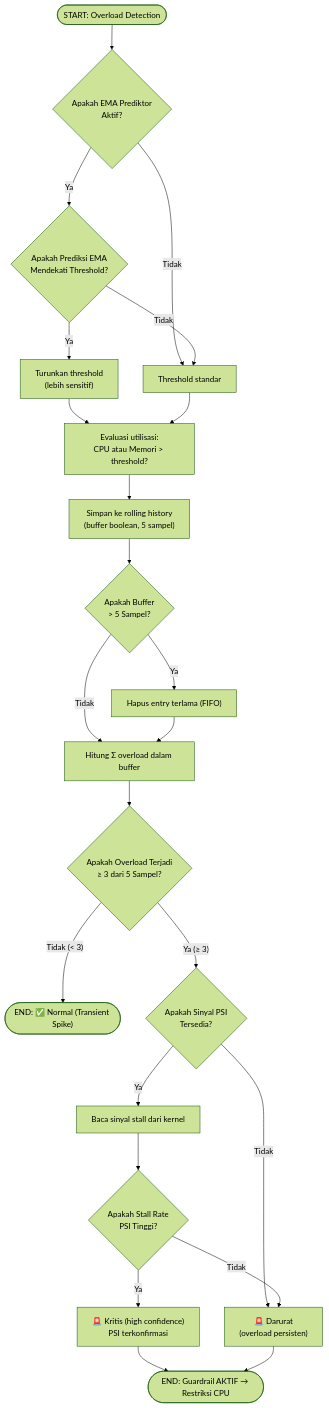
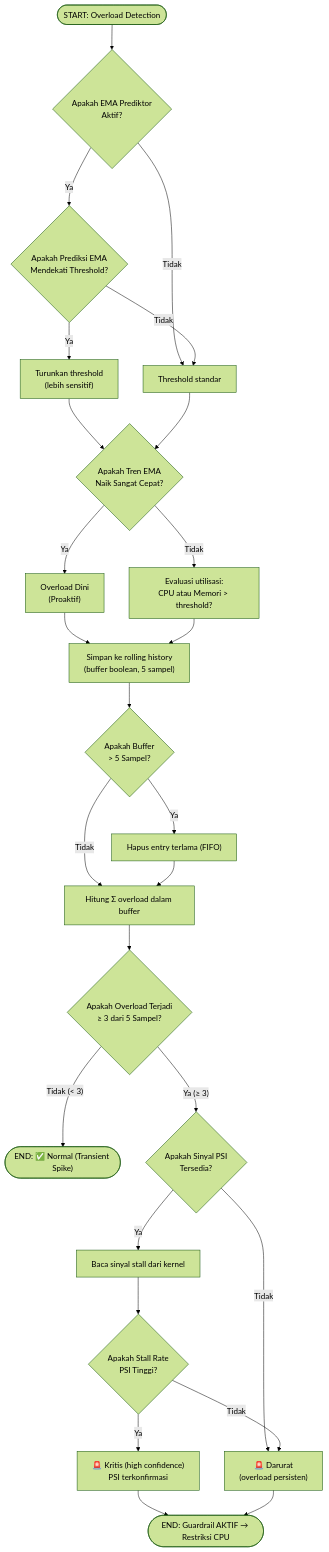
The second of 2 diagrams in architecture-diagrams/layer-3-control/01_guardrail.md (fauzanreza/green-container-framework), drawn with Mermaid (forest theme) before and after one commit. The commit also changed other lines of this file and 51 other files, not shown here.

````diff
--- a/architecture-diagrams/layer-3-control/01_guardrail.md
+++ b/architecture-diagrams/layer-3-control/01_guardrail.md
@@ -79,57 +86,65 @@
 ```mermaid
 flowchart TD
     START(["START: Overload Detection"])
 
     PREDIKSI{"Apakah EMA Prediktor<br/>Aktif?"}
     MENDEKATI{"Apakah Prediksi EMA<br/>Mendekati Threshold?"}
     BATAS_RENDAH["Turunkan threshold<br/>(lebih sensitif)"]
     BATAS_NORMAL["Threshold standar"]
+
+    CEK_DERIVATIF{"Apakah Tren EMA<br/>Naik Sangat Cepat?"}
+    DERIVATIF_AKTIF["Overload Dini<br/>(Proaktif)"]
 
     CEK["Evaluasi utilisasi:<br/>CPU atau Memori > threshold?"]
 
     CATAT["Simpan ke rolling history<br/>(buffer boolean, 5 sampel)"]
 
     PENUH{"Apakah Buffer<br/>> 5 Sampel?"}
     BUANG["Hapus entry terlama (FIFO)"]
 
     HITUNG["Hitung Σ overload dalam buffer"]
 
     DARURAT{"Apakah Overload Terjadi<br/>≥ 3 dari 5 Sampel?"}
 
     SELESAI_AMAN(["END: ✅ Normal (Transient Spike)"])
 
     CEK_PSI{"Apakah Sinyal PSI<br/>Tersedia?"}
     BACA_PSI["Baca sinyal stall dari kernel"]
     PSI_TINGGI{"Apakah Stall Rate<br/>PSI Tinggi?"}
     SANGAT_DARURAT["🚨 Kritis (high confidence)<br/>PSI terkonfirmasi"]
     DARURAT_BIASA["🚨 Darurat<br/>(overload persisten)"]
 
     SELESAI_AKTIF(["END: Guardrail AKTIF → Restriksi CPU"])
 
     START --> PREDIKSI
     PREDIKSI -->|Tidak| BATAS_NORMAL
     PREDIKSI -->|Ya| MENDEKATI
     MENDEKATI -->|Ya| BATAS_RENDAH
     MENDEKATI -->|Tidak| BATAS_NORMAL
 
-    BATAS_RENDAH --> CEK
-    BATAS_NORMAL --> CEK
+    BATAS_RENDAH --> CEK_DERIVATIF
+    BATAS_NORMAL --> CEK_DERIVATIF
+    
+    CEK_DERIVATIF -->|Ya| DERIVATIF_AKTIF
+    CEK_DERIVATIF -->|Tidak| CEK
+    
+    DERIVATIF_AKTIF --> CATAT
     CEK --> CATAT
     CATAT --> PENUH
     PENUH -->|Ya| BUANG
     PENUH -->|Tidak| HITUNG
     BUANG --> HITUNG
 
     HITUNG --> DARURAT
     DARURAT -->|"Tidak (< 3)"| SELESAI_AMAN
     DARURAT -->|"Ya (≥ 3)"| CEK_PSI
 
     CEK_PSI -->|Tidak| DARURAT_BIASA
     CEK_PSI -->|Ya| BACA_PSI
     BACA_PSI --> PSI_TINGGI
     PSI_TINGGI -->|Ya| SANGAT_DARURAT
     PSI_TINGGI -->|Tidak| DARURAT_BIASA
 
     SANGAT_DARURAT --> SELESAI_AKTIF
     DARURAT_BIASA --> SELESAI_AKTIF
 ```
````
